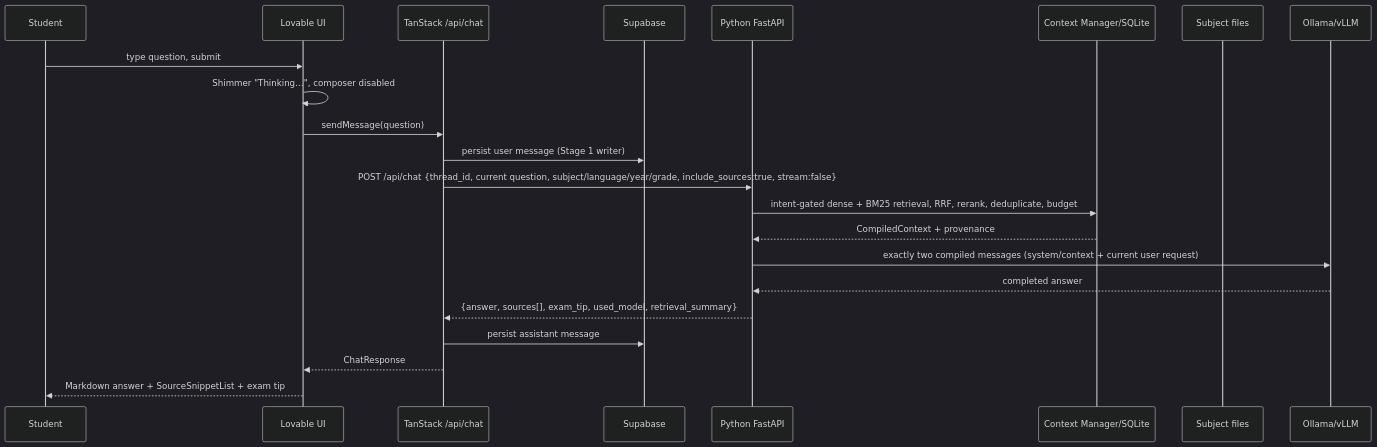
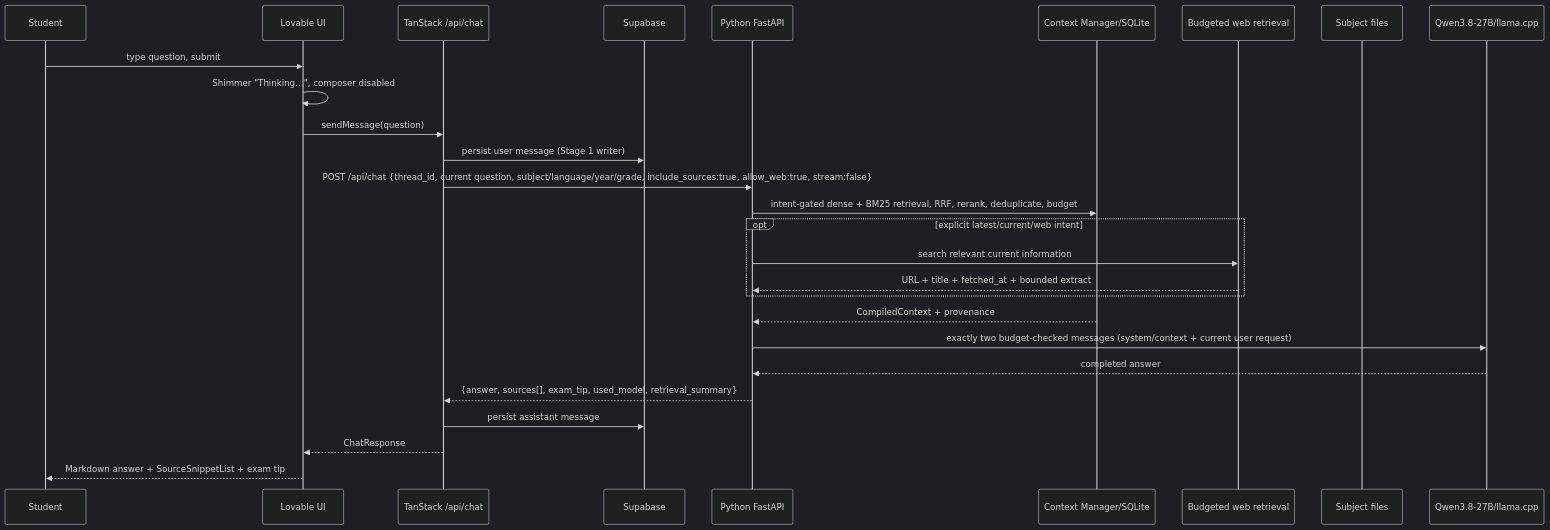
The sixth of 14 diagrams in lovabledocs/USER_FLOWS.md (keyshavmor/study-swiss-star), drawn with Mermaid (dark theme) before and after one commit. The commit also changed other lines of this file and 392 other files, not shown here.

````diff
--- a/lovabledocs/USER_FLOWS.md
+++ b/lovabledocs/USER_FLOWS.md
@@ -120,24 +120,29 @@
 ```mermaid
 sequenceDiagram
     participant Student
     participant UI as Lovable UI
     participant SF as TanStack /api/chat
     participant SB as Supabase
     participant PY as Python FastAPI
     participant RAG as Context Manager/SQLite
+    participant WEB as Budgeted web retrieval
     participant FILES as Subject files
-    participant LLM as Ollama/vLLM
+    participant LLM as Qwen3.8-27B/llama.cpp
     Student->>UI: type question, submit
     UI->>UI: Shimmer "Thinking…", composer disabled
     UI->>SF: sendMessage(question)
     SF->>SB: persist user message (Stage 1 writer)
-    SF->>PY: POST /api/chat {thread_id, current question, subject/language/year/grade, include_sources:true, stream:false}
+    SF->>PY: POST /api/chat {thread_id, current question, subject/language/year/grade, include_sources:true, allow_web:true, stream:false}
     PY->>RAG: intent-gated dense + BM25 retrieval, RRF, rerank, deduplicate, budget
+    opt explicit latest/current/web intent
+        PY->>WEB: search relevant current information
+        WEB-->>PY: URL + title + fetched_at + bounded extract
+    end
     RAG-->>PY: CompiledContext + provenance
-    PY->>LLM: exactly two compiled messages (system/context + current user request)
+    PY->>LLM: exactly two budget-checked messages (system/context + current user request)
     LLM-->>PY: completed answer
     PY-->>SF: {answer, sources[], exam_tip, used_model, retrieval_summary}
     SF->>SB: persist assistant message
     SF-->>UI: ChatResponse
     UI-->>Student: Markdown answer + SourceSnippetList + exam tip
 ```
````
